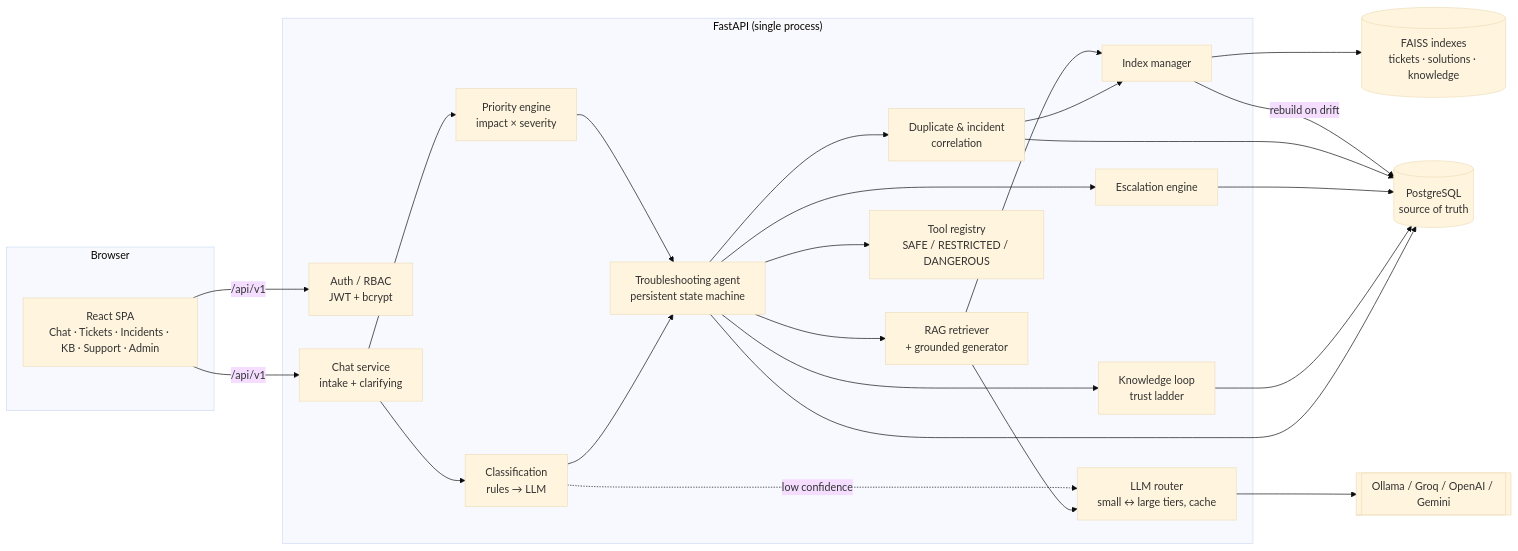
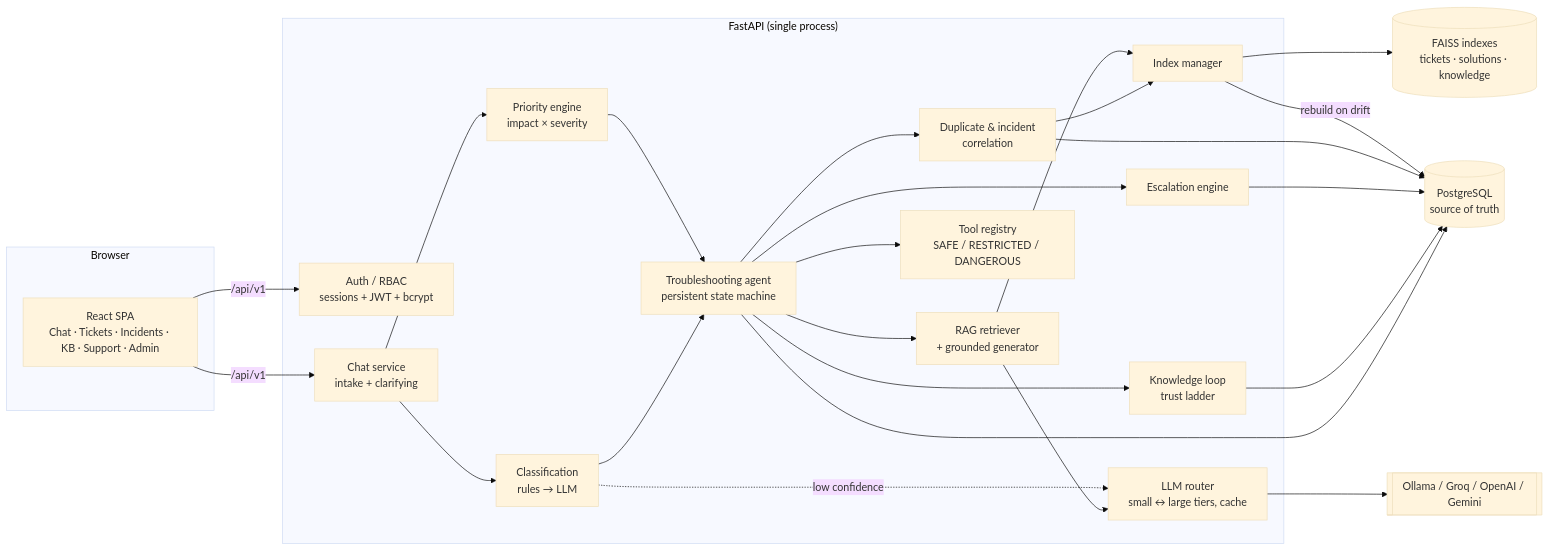
One commit to Samy1765/Helpdesk changed the first of 2 diagrams in docs/ARCHITECTURE.md. Above: the diagram before and after it, drawn with Mermaid (base theme). The commit also changed other lines of this file and 6 other files, not shown here.

````diff
--- a/docs/ARCHITECTURE.md
+++ b/docs/ARCHITECTURE.md
@@ -5,32 +5,32 @@
 ```mermaid
 flowchart LR
     subgraph Browser
         UI[React SPA<br/>Chat · Tickets · Incidents · KB · Support · Admin]
     end
     subgraph API["FastAPI (single process)"]
-        AUTH[Auth / RBAC<br/>JWT + bcrypt]
+        AUTH[Auth / RBAC<br/>sessions + JWT + bcrypt]
         CHAT[Chat service<br/>intake + clarifying]
         AGENT[Troubleshooting agent<br/>persistent state machine]
         CLS[Classification<br/>rules → LLM]
         PRI[Priority engine<br/>impact × severity]
         CORR[Duplicate & incident<br/>correlation]
         RAG[RAG retriever<br/>+ grounded generator]
         TOOLS[Tool registry<br/>SAFE / RESTRICTED / DANGEROUS]
         ESC[Escalation engine]
         KB[Knowledge loop<br/>trust ladder]
         LLM[LLM router<br/>small ↔ large tiers, cache]
         IDX[Index manager]
     end
     PG[(PostgreSQL<br/>source of truth)]
     FAISS[(FAISS indexes<br/>tickets · solutions · knowledge)]
     MODELS[[Ollama / Groq / OpenAI / Gemini]]
 
     UI -- /api/v1 --> AUTH & CHAT
     CHAT --> CLS & PRI --> AGENT
     AGENT --> CORR & RAG & TOOLS & ESC & KB
     RAG --> LLM --> MODELS
     CLS -. low confidence .-> LLM
     CORR & RAG --> IDX --> FAISS
     AGENT & KB & ESC & CORR --> PG
     IDX -- rebuild on drift --> PG
 ```
````
